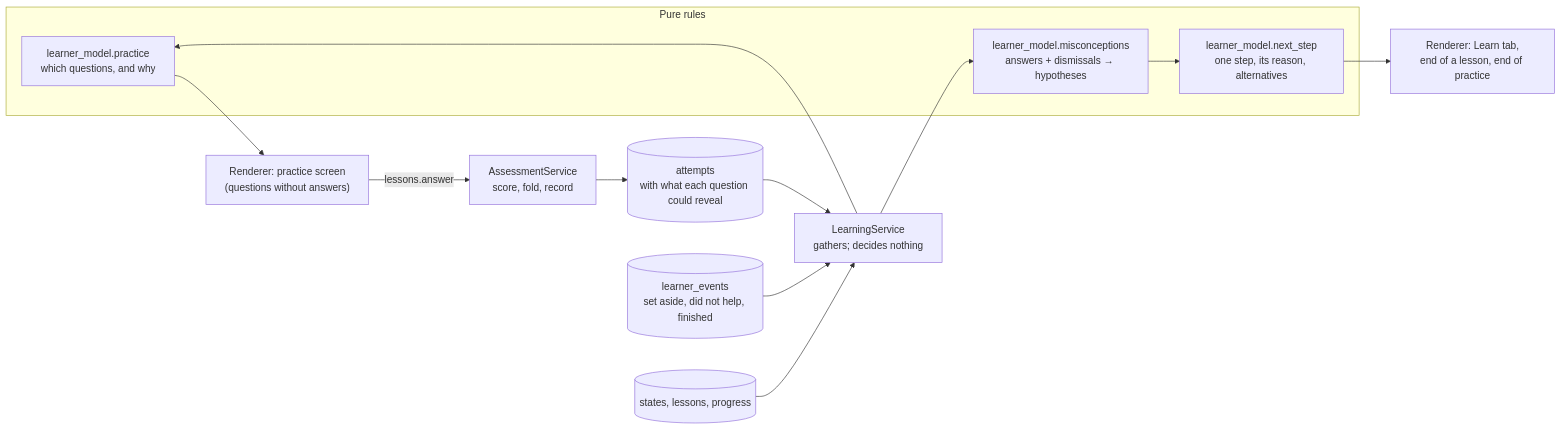
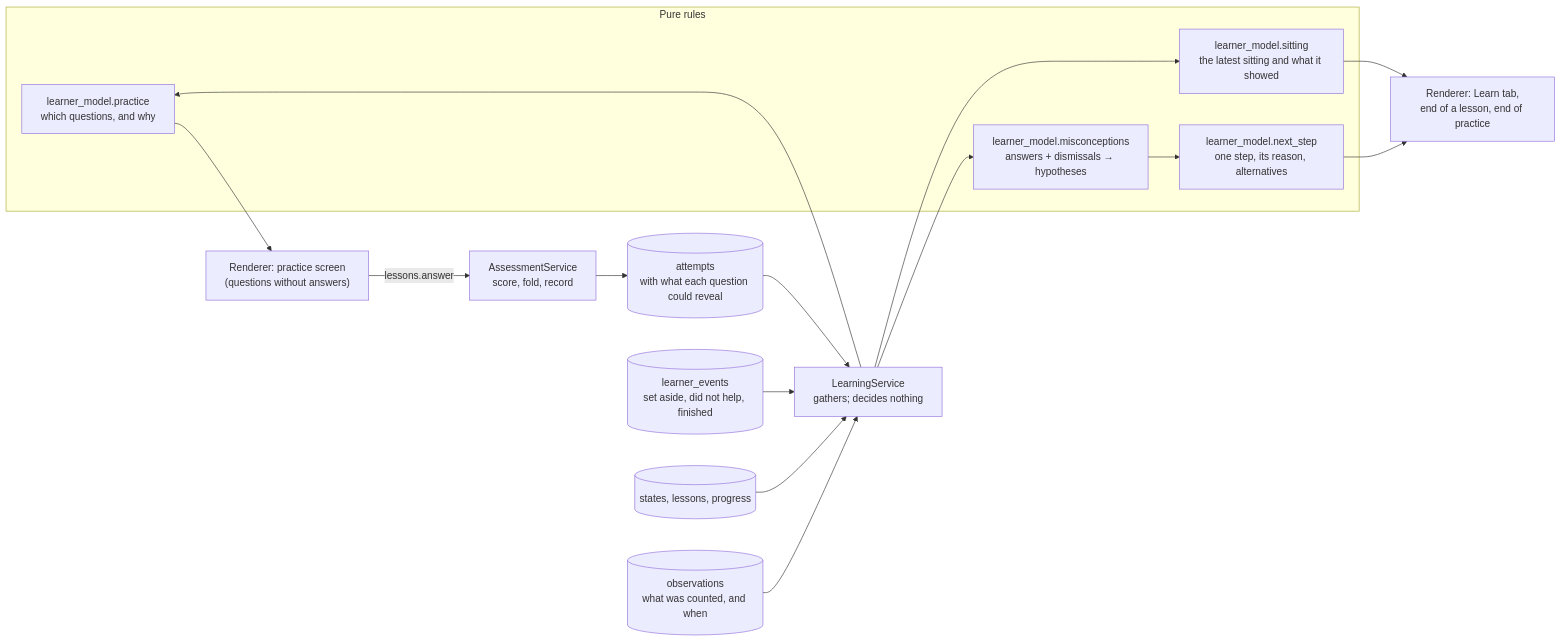
The seventh of 8 diagrams in docs/architecture/overview.md (XelXen/Adle), drawn with Mermaid before and after one commit. The commit also changed other lines of this file and 24 other files, not shown here.

````diff
--- a/docs/architecture/overview.md
+++ b/docs/architecture/overview.md
@@ -175,16 +175,19 @@
 ```mermaid
 flowchart LR
   subgraph Pure rules
     M["learner_model.misconceptions<br/>answers + dismissals → hypotheses"]
     P["learner_model.practice<br/>which questions, and why"]
     N["learner_model.next_step<br/>one step, its reason, alternatives"]
+    T["learner_model.sitting<br/>the latest sitting and what it showed"]
   end
   A[("attempts<br/>with what each question could reveal")] --> L
   E[("learner_events<br/>set aside, did not help, finished")] --> L
   S[("states, lessons, progress")] --> L
   L["LearningService<br/>gathers; decides nothing"] --> M --> N
   L --> P
+  O[("observations<br/>what was counted, and when")] --> L --> T
+  T --> UI
   N --> UI["Renderer: Learn tab,<br/>end of a lesson, end of practice"]
   P --> PR["Renderer: practice screen<br/>(questions without answers)"]
   PR -- "lessons.answer" --> AS["AssessmentService<br/>score, fold, record"] --> A
 ```
````
